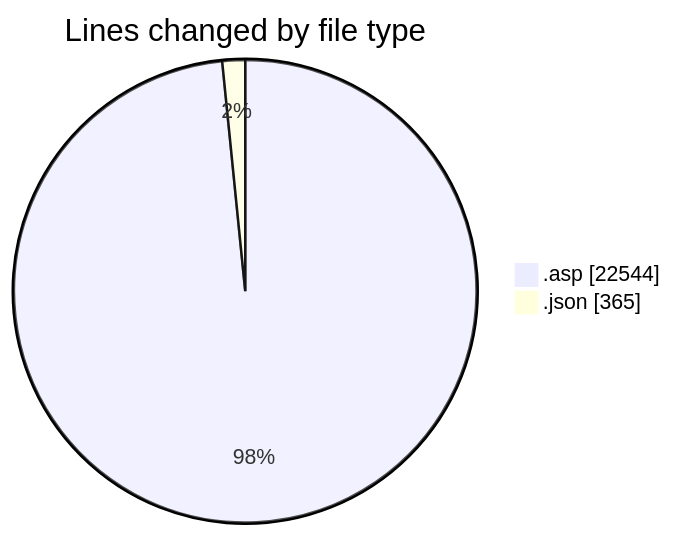
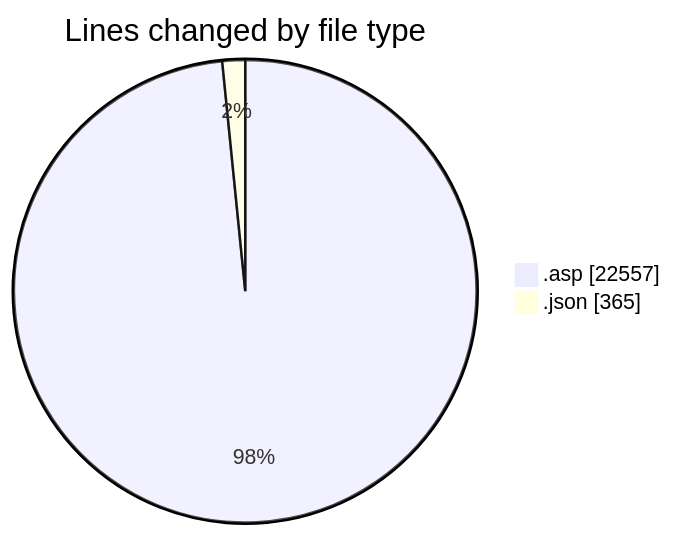
Before and after one commit to julien-gomy/code-tracking: the first of 2 diagrams in 2025-11-01/cdp_aleoudev_fr__workspace_/README.md, drawn with Mermaid. The commit also changed other lines of this file and 1 other file, not shown here.

````diff
--- a/2025-11-01/cdp_aleoudev_fr__workspace_/README.md
+++ b/2025-11-01/cdp_aleoudev_fr__workspace_/README.md
@@ -29,6 +29,6 @@
 ```mermaid
 pie showData
 title Lines changed by file type
-".asp" : 22544
+".asp" : 22557
 ".json" : 365
 ```
````
